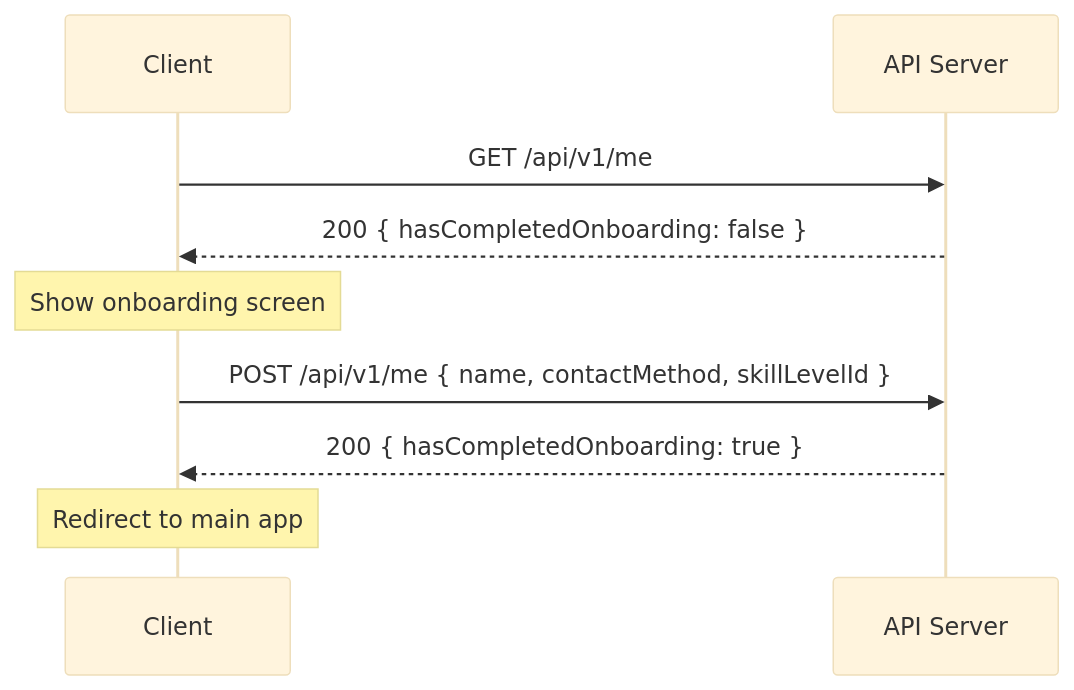
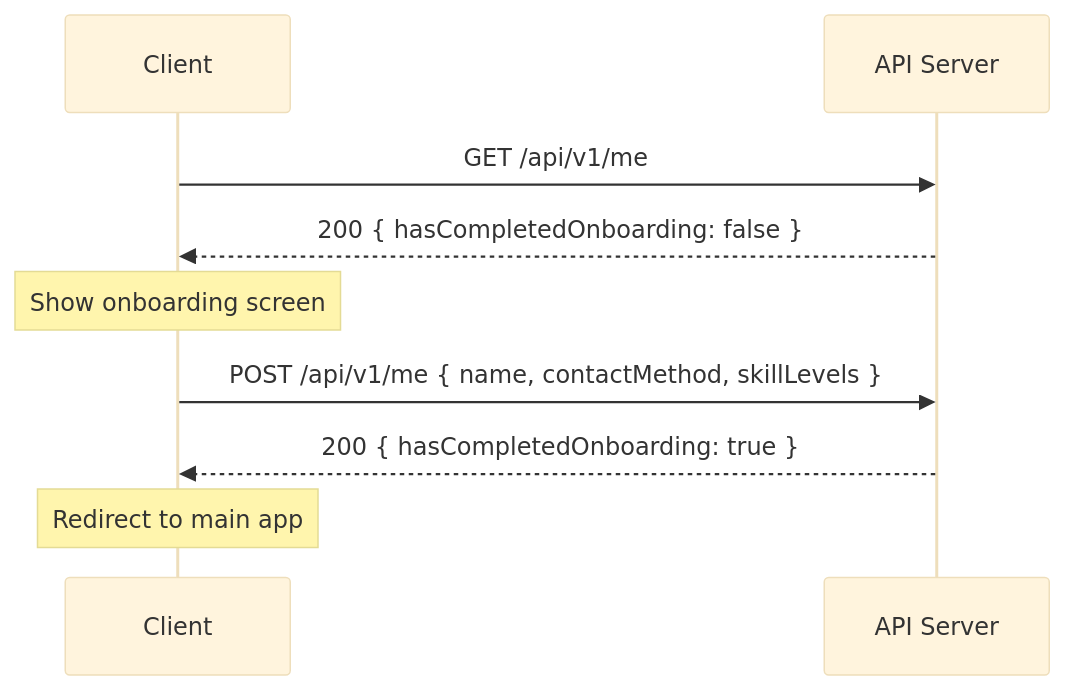
Before and after one commit to upmatches/upmatches-wiki: the first of 3 diagrams in upmatches-docs/docs/modules/new-user-onboarding.md, drawn with Mermaid (base theme). The commit also changed other lines of this file and 57 other files, not shown here.

````diff
--- a/upmatches-docs/docs/modules/new-user-onboarding.md
+++ b/upmatches-docs/docs/modules/new-user-onboarding.md
@@ -219,14 +232,14 @@
 ```mermaid
 sequenceDiagram
     participant Client
     participant API as API Server
 
     Client->>API: GET /api/v1/me
     API-->>Client: 200 { hasCompletedOnboarding: false }
 
     Note over Client: Show onboarding screen
-    Client->>API: POST /api/v1/me { name, contactMethod, skillLevelId }
+    Client->>API: POST /api/v1/me { name, contactMethod, skillLevels }
     API-->>Client: 200 { hasCompletedOnboarding: true }
 
     Note over Client: Redirect to main app
 ```
````
